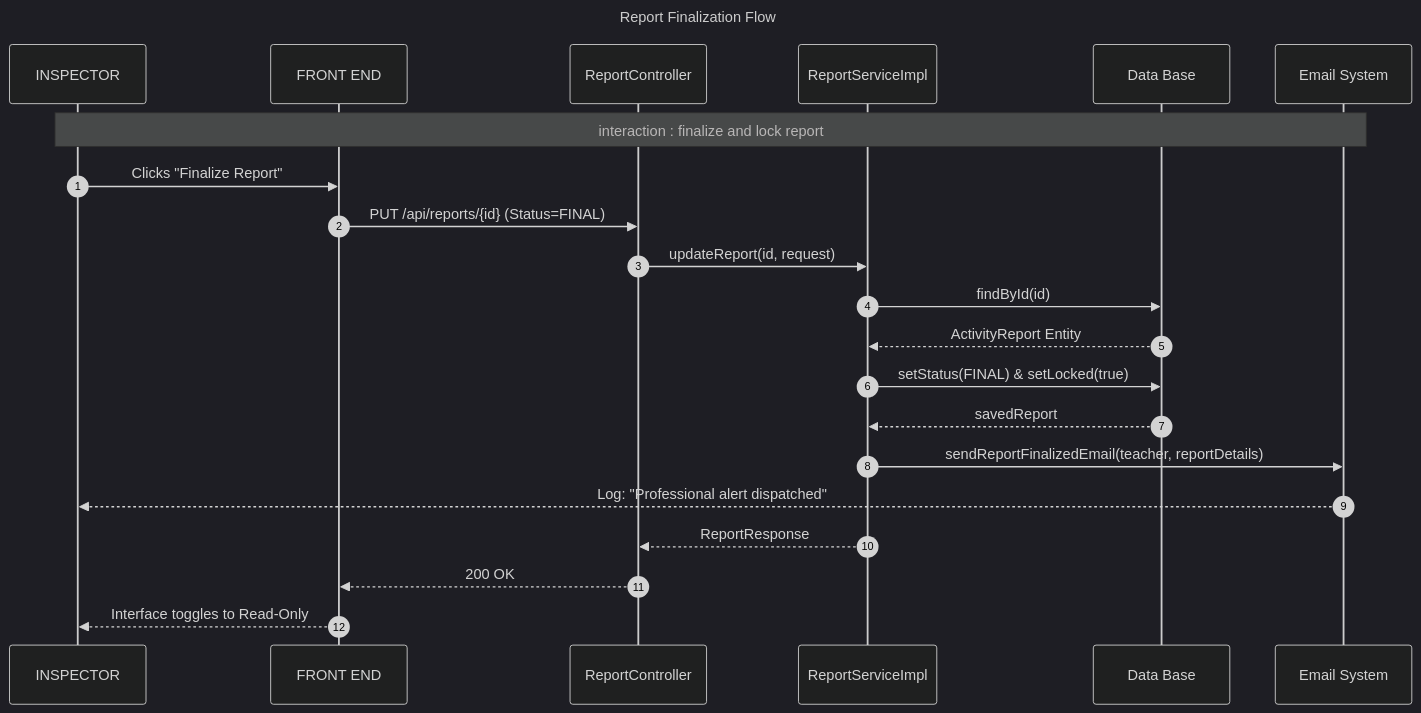
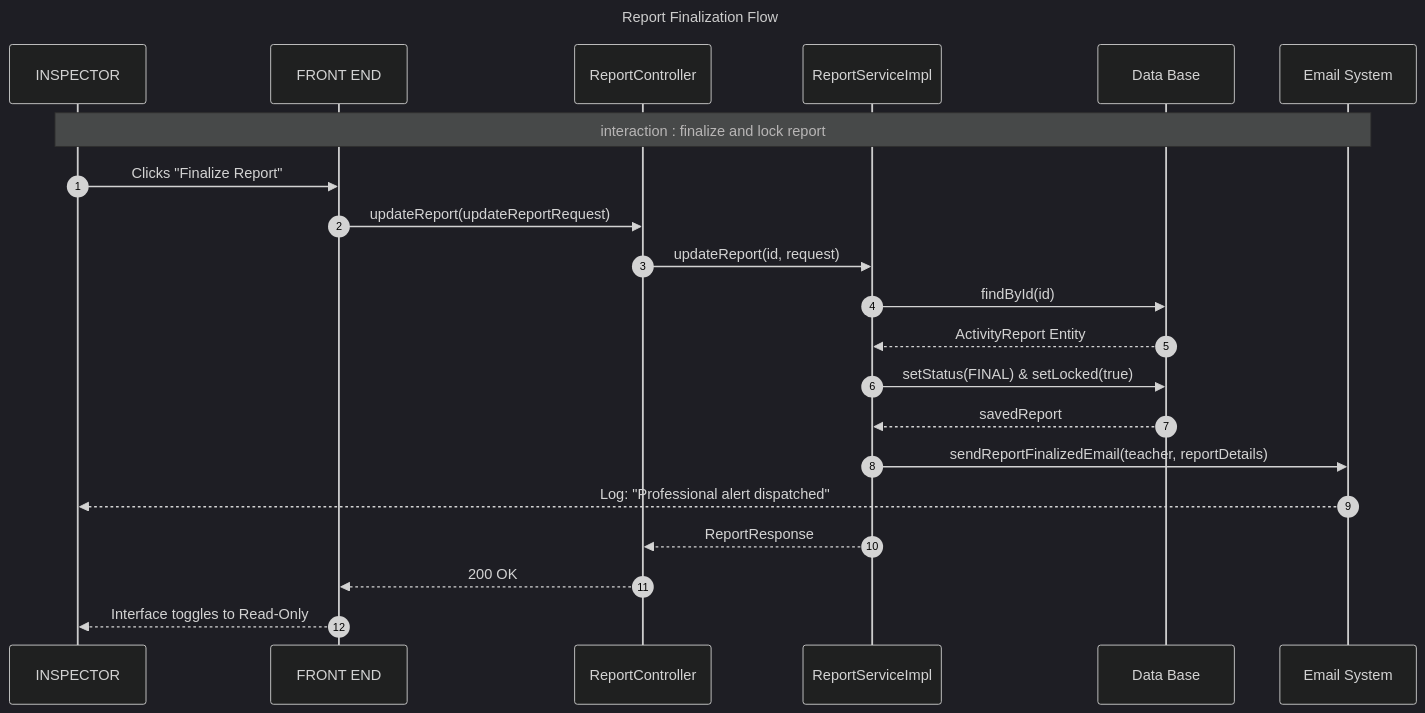
The third of 5 diagrams in uml_diagrams/sprint_2_sequences.md (chbichibsofiene/inspector), drawn with Mermaid (dark theme) before and after one commit. The commit also changed other lines of this file and 145 other files, not shown here.

Commit message:
Integrated mobile app, updated UI elements, and synced all UML diagrams with backend implementation

````diff
--- a/uml_diagrams/sprint_2_sequences.md
+++ b/uml_diagrams/sprint_2_sequences.md
@@ -85,30 +85,30 @@
 ```mermaid
 sequenceDiagram
     title: Report Finalization Flow
     autonumber
     participant INS as INSPECTOR
     participant FE as FRONT END
     participant RC as ReportController
     participant RS as ReportServiceImpl
     participant DB as Data Base
     participant MAIL as Email System
 
     Note over INS, MAIL: interaction : finalize and lock report
 
     INS->>FE: Clicks "Finalize Report"
-    FE->>RC: PUT /api/reports/{id} (Status=FINAL)
+    FE->>RC: updateReport(updateReportRequest)
     RC->>RS: updateReport(id, request)
     
     RS->>DB: findById(id)
     DB-->>RS: ActivityReport Entity
 
     RS->>DB: setStatus(FINAL) & setLocked(true)
     DB-->>RS: savedReport
 
     RS->>MAIL: sendReportFinalizedEmail(teacher, reportDetails)
     MAIL-->>INS: Log: "Professional alert dispatched"
 
     RS-->>RC: ReportResponse
     RC-->>FE: 200 OK
     FE-->>INS: Interface toggles to Read-Only
 ```
````
